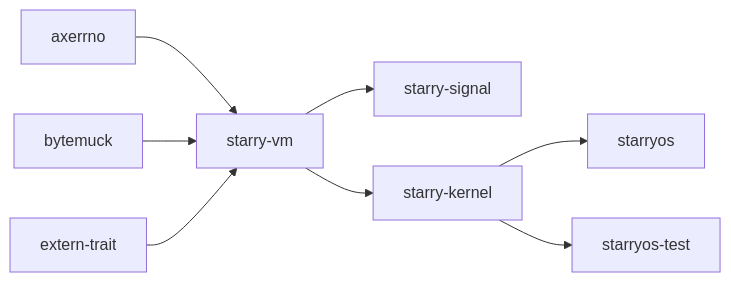
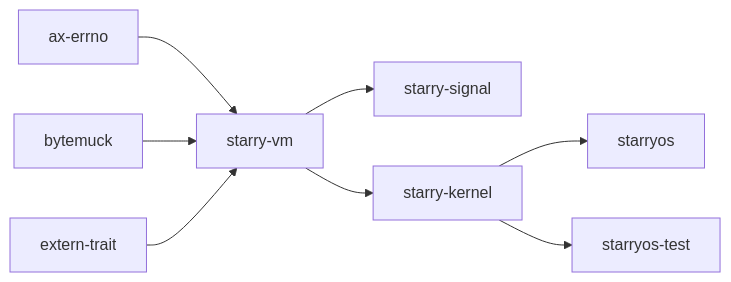
The second of 2 diagrams in docs/crates/starry-vm.md (zKurisu/tgoskits), drawn with Mermaid before and after one commit. The commit also changed other lines of this file and 278 other files, not shown here.

Commit message:
rename axerrno to ax-errno

````diff
--- a/docs/crates/starry-vm.md
+++ b/docs/crates/starry-vm.md
@@ -107,11 +107,11 @@
 ```mermaid
 graph LR
-    axerrno["axerrno"] --> vm["starry-vm"]
+    ax_errno["ax-errno"] --> vm["starry-vm"]
     bytemuck["bytemuck"] --> vm
     externtrait["extern-trait"] --> vm
 
     vm --> signal["starry-signal"]
     vm --> starry["starry-kernel"]
     starry --> starryos["starryos"]
     starry --> starrytest["starryos-test"]
 ```
````
